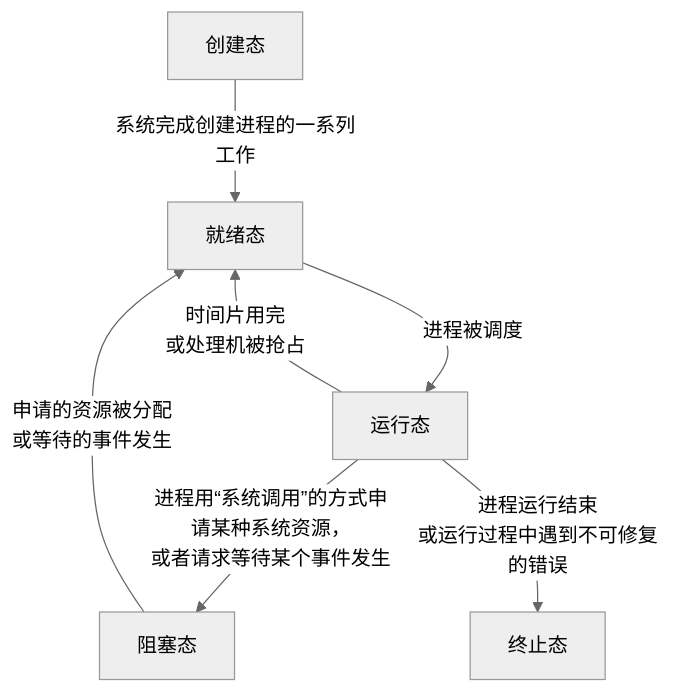
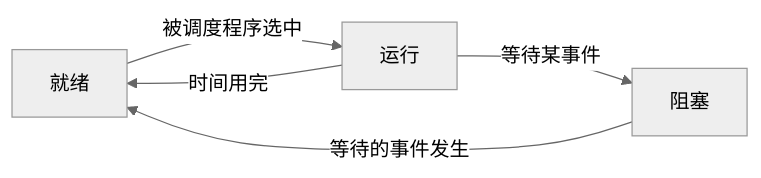
Before and after one commit to Han-Haocheng/my-mark: the seventh of 7 diagrams in 操作系统/第2章 进程管理/2.1 进程与线程.md, drawn with Mermaid (neutral theme). The commit also changed other lines of this file and 39 other files, not shown here.

````diff
--- a/操作系统/第2章 进程管理/2.1 进程与线程.md
+++ b/操作系统/第2章 进程管理/2.1 进程与线程.md
@@ -110,15 +551,8 @@
 ```mermaid
-graph
-A[创建态]
-B[就绪态]
-C[运行态]
-D[阻塞态]
-E[终止态]
-
-A-->|系统完成创建进程的一系列工作|B-->|进程被调度|C-->|进程用“系统调用”的方式申请某种系统资源，\n或者请求等待某个事件发生|D-->|申请的资源被分配\n或等待的事件发生|B
-
-C-->|进程运行结束\n或运行过程中遇到不可修复的错误|E
-
-C-->|时间片用完\n或处理机被抢占|B
-
+flowchart LR
+  A[就绪]
+  B[阻塞]
+  C[运行]
+  A-->|被调度程序选中|C-->|等待某事件|B-->|等待的事件发生|A
+  C-->|时间用完|A
 ```
````
